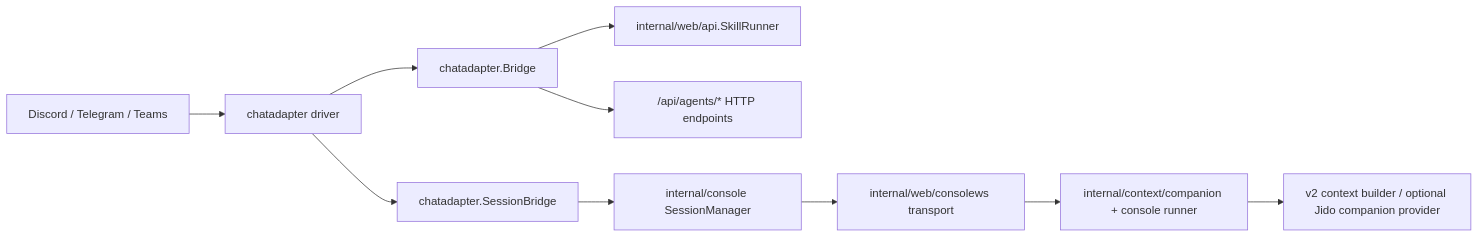
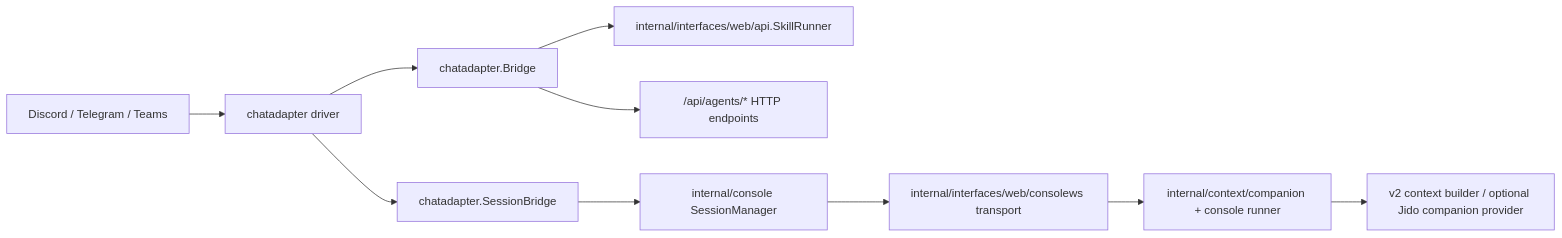
Before and after one commit to joshka0/foxctl: the diagram in docs/architecture/chat-platform-adapter.md, drawn with Mermaid. The commit also changed other lines of this file and 113 other files, not shown here.

Commit message:
Move web under interfaces grouping

````diff
--- a/docs/architecture/chat-platform-adapter.md
+++ b/docs/architecture/chat-platform-adapter.md
@@ -24,12 +24,12 @@
 ```mermaid
 flowchart LR
     Platform["Discord / Telegram / Teams"] --> Driver["chatadapter driver"]
     Driver --> Bridge["chatadapter.Bridge"]
     Driver --> SessionBridge["chatadapter.SessionBridge"]
-    Bridge --> SkillRunner["internal/web/api.SkillRunner"]
+    Bridge --> SkillRunner["internal/interfaces/web/api.SkillRunner"]
     Bridge --> AgentsAPI["/api/agents/* HTTP endpoints"]
     SessionBridge --> ConsoleSessions["internal/console SessionManager"]
-    ConsoleSessions --> ConsoleTransport["internal/web/consolews transport"]
+    ConsoleSessions --> ConsoleTransport["internal/interfaces/web/consolews transport"]
     ConsoleTransport --> Companion["internal/context/companion + console runner"]
     Companion --> Context["v2 context builder / optional Jido companion provider"]
 ```
````
